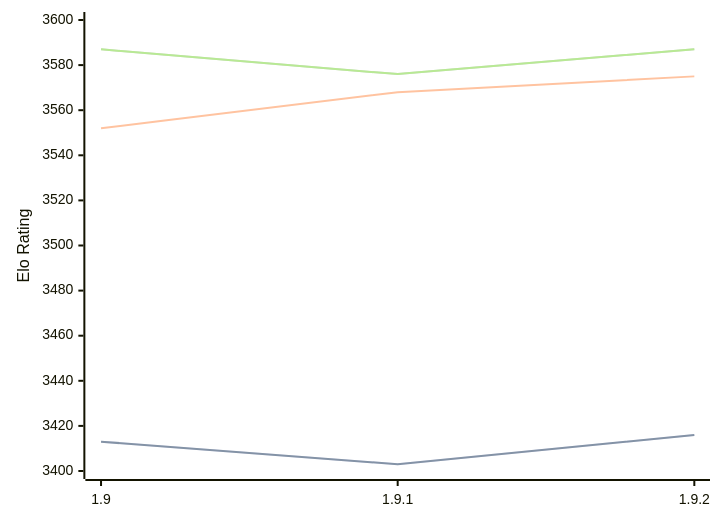
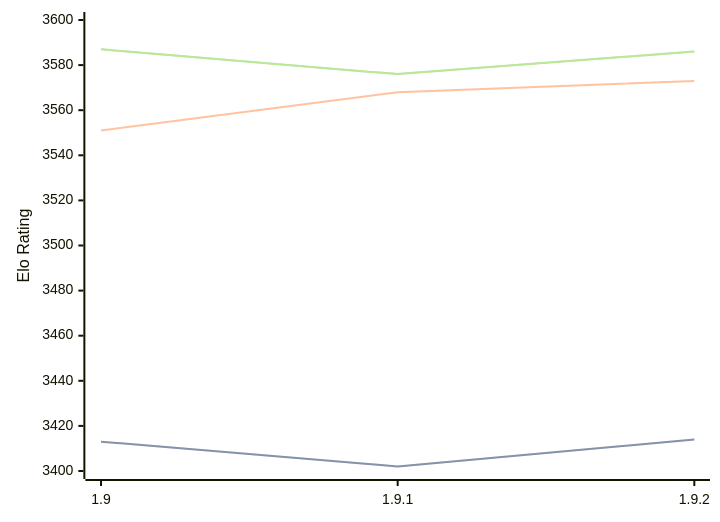
Before and after one commit to computer-chess-index/cci: the diagram in engines/Pawnocchio.md, drawn with Mermaid. The commit also changed other lines of this file, not shown here.

Commit message:
Update CCI Ratings (ELO VLTC) - 2026-04-20

````diff
--- a/engines/Pawnocchio.md
+++ b/engines/Pawnocchio.md
@@ -48,11 +48,11 @@
 ```mermaid
 %%{init: {"theme":"base","themeVariables":{"seriesColors:['#a3a3a3','#222221','#faa371']}}}%%
 xychart-beta
   x-axis ["1.9", "1.9.1", "1.9.2"]
   y-axis "Elo Rating" 3400 --> 3600
-  line "STC (8.0+0.08s)" [3413, 3403, 3416]
-  line "STC (8.0+0.08s)" [3413, 3403, 3416]
-  line "LTC (60.0+0.60s)" [3552, 3568, 3575]
-  line "VLTC (2m24s+1.12s)" [3587, 3576, 3587]
-  line "VLTC (2m24s+1.12s)" [3587, 3576, 3587]
+  line "STC (8.0+0.08s)" [3413, 3402, 3414]
+  line "STC (8.0+0.08s)" [3413, 3402, 3414]
+  line "LTC (60.0+0.60s)" [3551, 3568, 3573]
+  line "VLTC (2m24s+1.12s)" [3587, 3576, 3586]
+  line "VLTC (2m24s+1.12s)" [3587, 3576, 3586]
 ```
````
